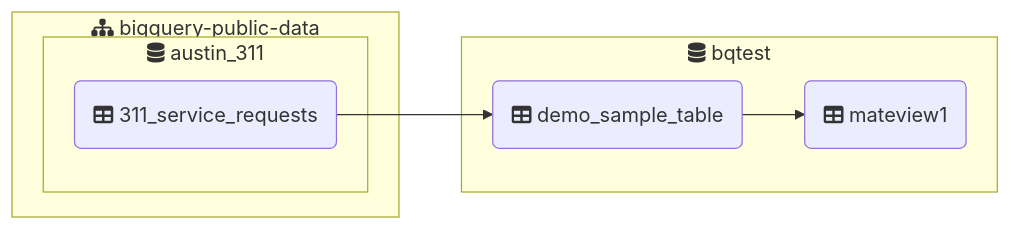
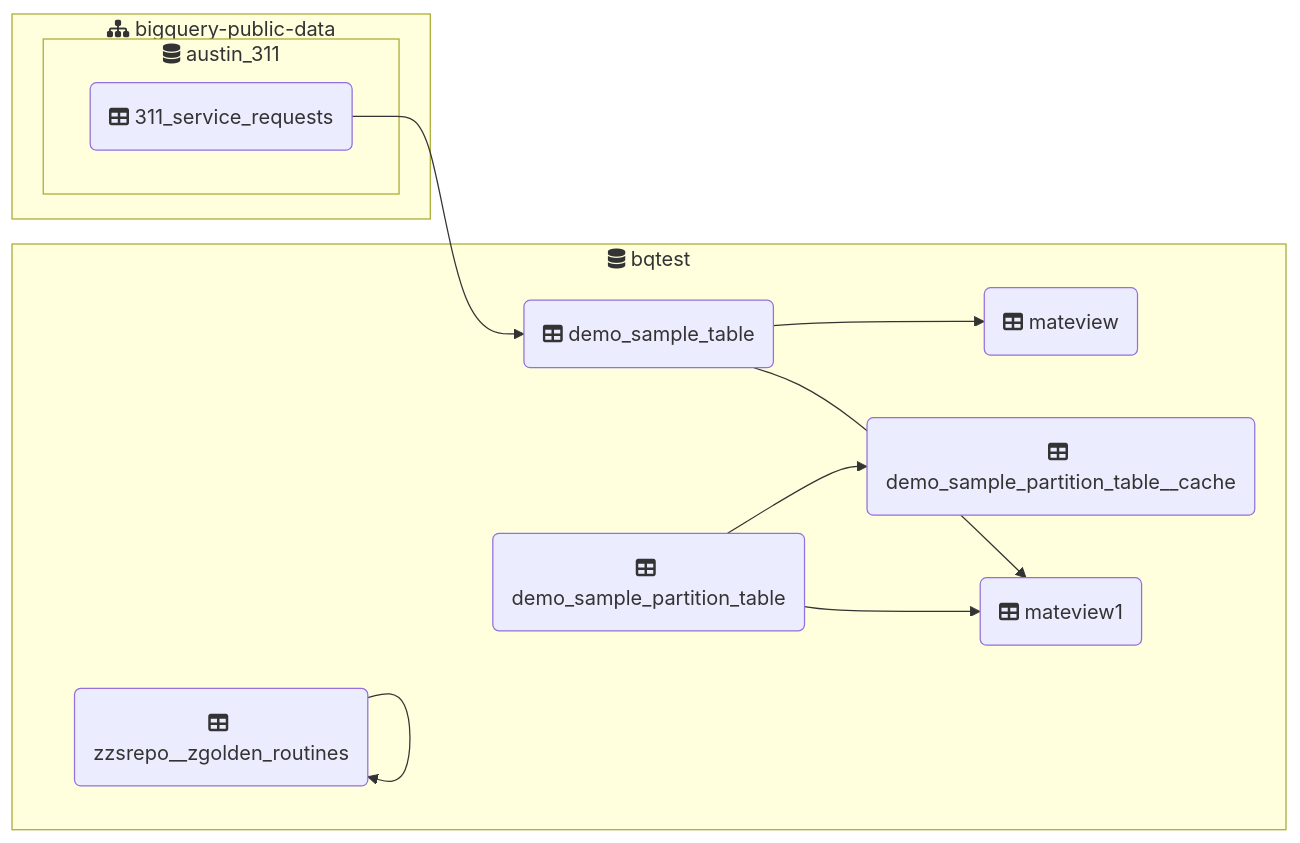
One commit to takegue/bqmake changed the diagram in bigquery/@default/bqtest/README.md. Above: the diagram before and after it, drawn with Mermaid. The commit also changed other lines of this file and 12 other files, not shown here.

````diff
--- a/bigquery/@default/bqtest/README.md
+++ b/bigquery/@default/bqtest/README.md
@@ -77,14 +80,22 @@
 ```mermaid
 graph LR
 subgraph "fa:fa-sitemap bigquery-public-data"
 subgraph "fa:fa-database austin_311"
 	CNg3(fa:fa-table 311_service_requests)
 end
 end
 subgraph "fa:fa-database bqtest"
+	/VpU(fa:fa-table zzsrepo__zgolden_routines)
 	1+1w(fa:fa-table demo_sample_table)
+	Z+1n(fa:fa-table demo_sample_partition_table)
+	jknI(fa:fa-table demo_sample_partition_table__cache)
+	qQZt(fa:fa-table mateview)
 	qt1O(fa:fa-table mateview1)
 end
+/VpU --> /VpU
+1+1w --> qQZt
 1+1w --> qt1O
 CNg3 --> 1+1w
+Z+1n --> jknI
+Z+1n --> qt1O
 ```
````
